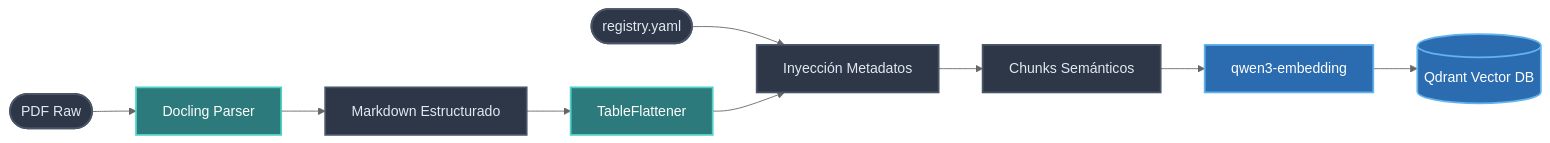
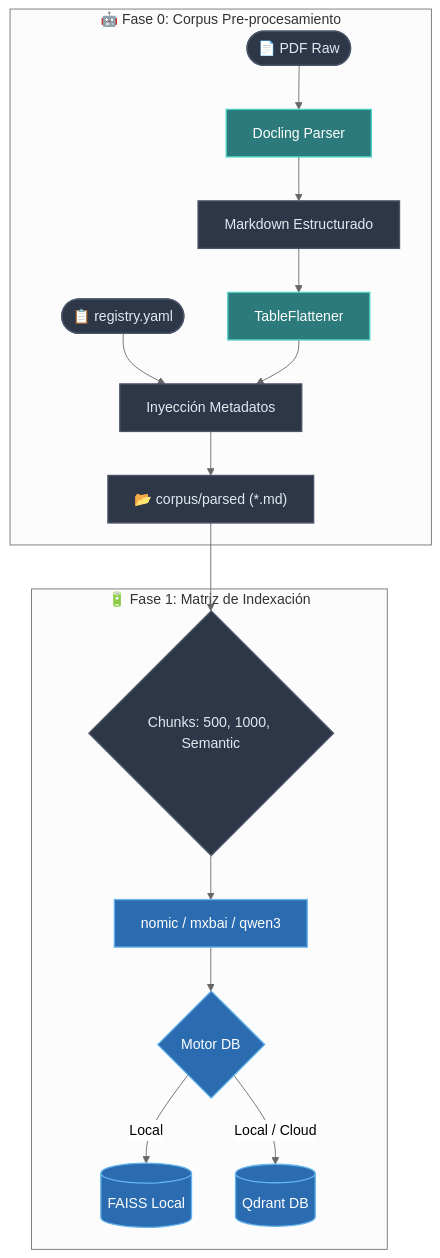
Before and after one commit to AlexPrietoRomani/TFM-allucination: the first of 6 diagrams in docs/Documentation.md, drawn with Mermaid (neutral theme). The commit also changed other lines of this file, not shown here.

Commit message:
docs: actualiza diagramas de enrutamiento y matriz de experimentos

````diff
--- a/docs/Documentation.md
+++ b/docs/Documentation.md
@@ -21,15 +21,23 @@
 ```mermaid
-graph LR
-    classDef step fill:#2d3748,stroke:#4a5568,stroke-width:2px,color:#e2e8f0;
-    classDef parser fill:#2c7a7b,stroke:#4fd1c5,stroke-width:2px,color:#fff;
-    classDef db fill:#2b6cb0,stroke:#63b3ed,stroke-width:2px,color:#fff;
+graph TD
+    classDef step fill:#2d3748,stroke:#4a5568,stroke-width:1.5px,color:#e2e8f0;
+    classDef parser fill:#2c7a7b,stroke:#4fd1c5,stroke-width:1.5px,color:#fff;
+    classDef db fill:#2b6cb0,stroke:#63b3ed,stroke-width:1.5px,color:#fff;
 
-    PDF([PDF Raw]):::step --> Docling[Docling Parser]:::parser
-    Docling --> MD[Markdown Estructurado]:::step
-    MD --> Flatten[TableFlattener]:::parser
-    YAML([registry.yaml]):::step --> Meta[Inyección Metadatos]:::step
-    Flatten --> Meta
-    Meta --> Chunks[Chunks Semánticos]:::step
-    Chunks --> Embed[qwen3-embedding]:::db
-    Embed --> Qdrant[(Qdrant Vector DB)]:::db
+    subgraph "🤖 Fase 0: Corpus Pre-procesamiento"
+        PDF([📄 PDF Raw]):::step --> Docling[Docling Parser]:::parser
+        Docling --> MD[Markdown Estructurado]:::step
+        MD --> Flatten[TableFlattener]:::parser
+        YAML([📋 registry.yaml]):::step --> Meta[Inyección Metadatos]:::step
+        Flatten --> Meta
+        Meta --> Parsed["📂 corpus/parsed (*.md)"]:::step
+    end
+
+    subgraph "🔋 Fase 1: Matriz de Indexación"
+        Parsed --> Chunks{Chunks: 500, 1000, Semantic}:::step
+        Chunks --> Embed[nomic / mxbai / qwen3]:::db
+        Embed --> DB{Motor DB}:::db
+        DB -->|Local| FA[(FAISS Local)]:::db
+        DB -->|Local / Cloud| QD[(Qdrant DB)]:::db
+    end
 ```
````
